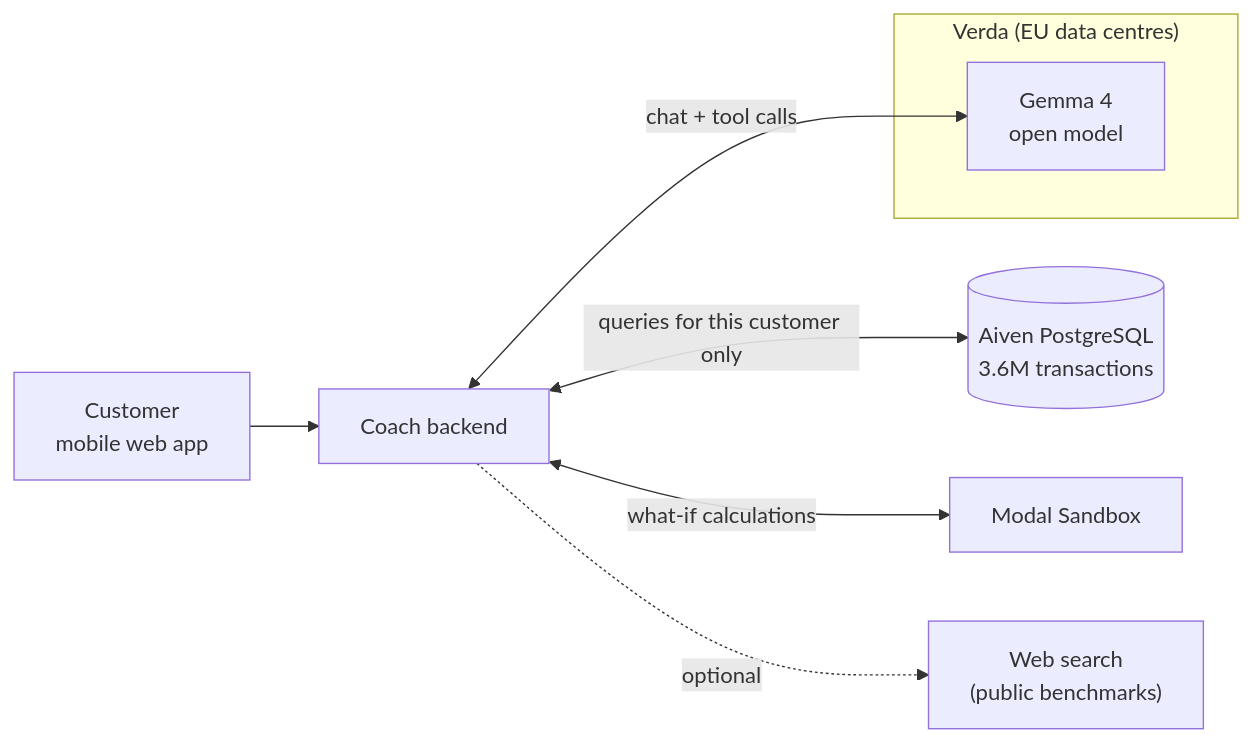
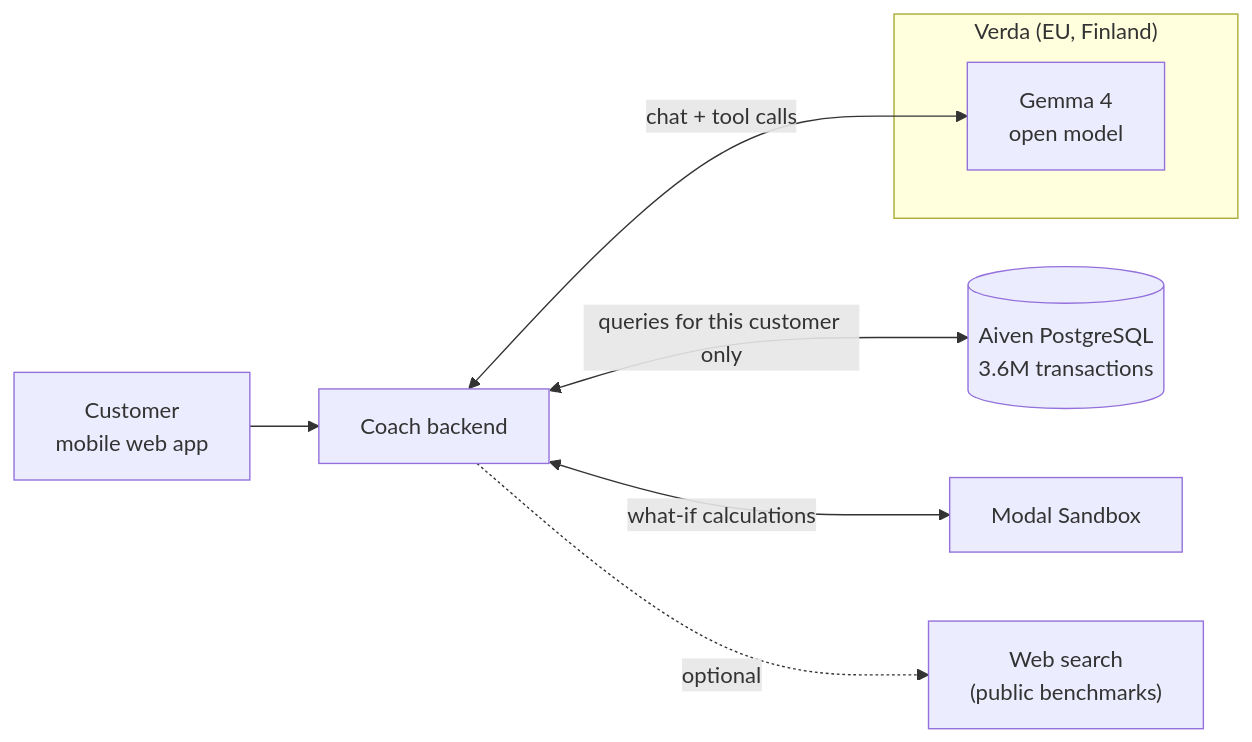
Before and after one commit to pinsionparoni/mountain-claude-boys-trek: the first of 2 diagrams in README.md, drawn with Mermaid. The commit also changed other lines of this file and 3 other files, not shown here.

````diff
--- a/README.md
+++ b/README.md
@@ -28,13 +28,13 @@
 ```mermaid
 flowchart LR
     U["Customer<br/>mobile web app"] --> API["Coach backend"]
 
-    subgraph EU["Verda (EU data centres)"]
+    subgraph V["Verda (EU, Finland)"]
         G["Gemma 4<br/>open model"]
     end
 
     API <-->|"chat + tool calls"| G
     API <-->|"queries for this customer only"| DB[("Aiven PostgreSQL<br/>3.6M transactions")]
     API <-->|"what-if calculations"| SB["Modal Sandbox"]
     API -.->|"optional"| EXA["Web search<br/>(public benchmarks)"]
 ```
````
